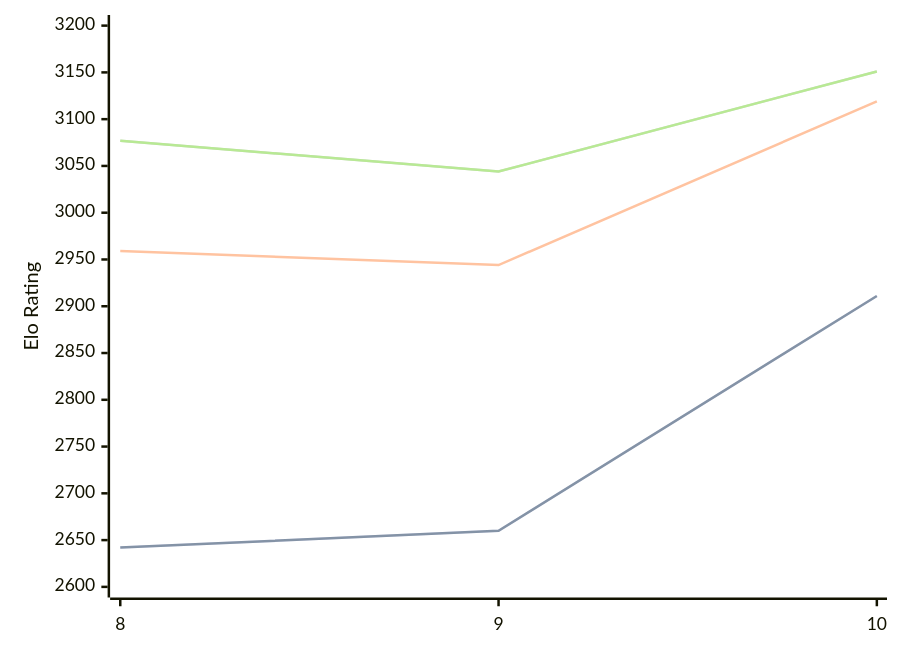
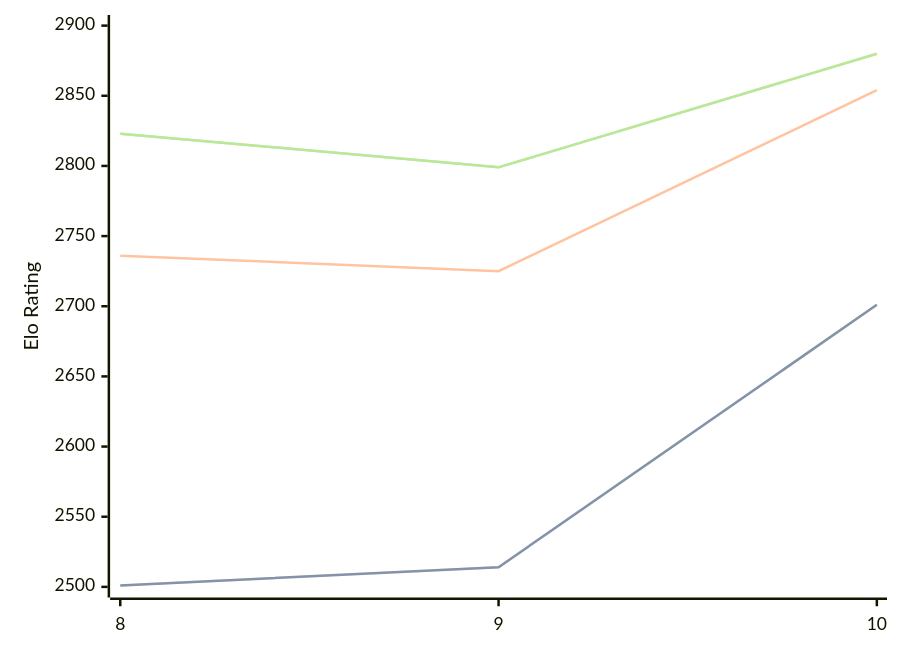
Before and after one commit to computer-chess-index/cci: the diagram in engines/Lozza.md, drawn with Mermaid. The commit also changed other lines of this file, not shown here.

Commit message:
Update CCI Ratings (ELO VLTC) - 2026-02-23

````diff
--- a/engines/Lozza.md
+++ b/engines/Lozza.md
@@ -38,11 +38,11 @@
 ```mermaid
 %%{init: {"theme":"base","themeVariables":{"seriesColors:['#a3a3a3','#222221','#faa371']}}}%%
 xychart-beta
   x-axis ["8", "9", "10"]
-  y-axis "Elo Rating" 2600 --> 3200
-  line "STC (8.0+0.08s)" [2642, 2660, 2911]
-  line "STC (8.0+0.08s)" [2642, 2660, 2911]
-  line "LTC (60.0+0.60s)" [2959, 2944, 3119]
-  line "VLTC (2m24s+1.12s)" [3077, 3044, 3151]
-  line "VLTC (2m24s+1.12s)" [3077, 3044, 3151]
+  y-axis "Elo Rating" 2500 --> 2900
+  line "STC (8.0+0.08s)" [2501, 2514, 2701]
+  line "STC (8.0+0.08s)" [2501, 2514, 2701]
+  line "LTC (60.0+0.60s)" [2736, 2725, 2854]
+  line "VLTC (2m24s+1.12s)" [2823, 2799, 2880]
+  line "VLTC (2m24s+1.12s)" [2823, 2799, 2880]
 ```
````
